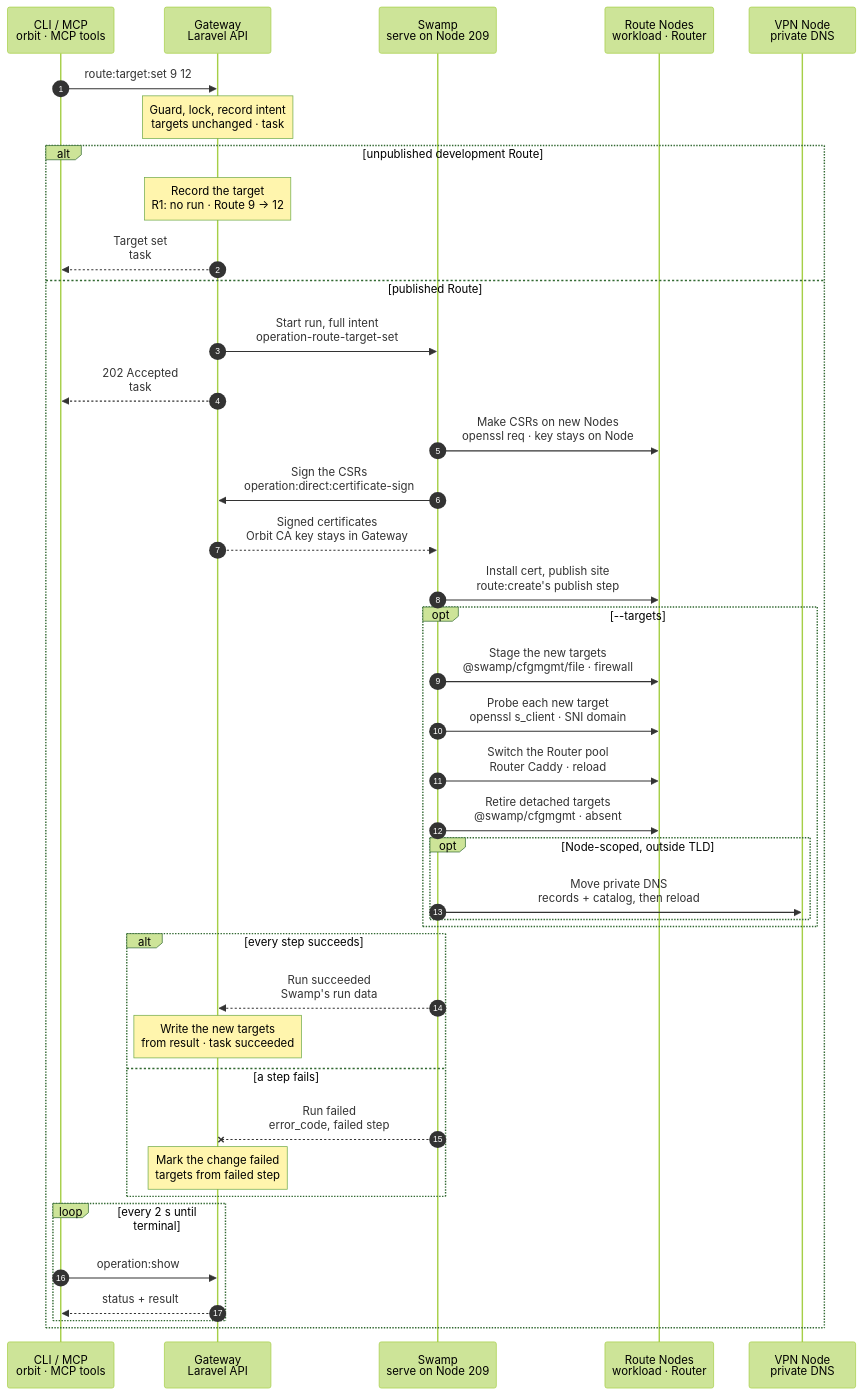
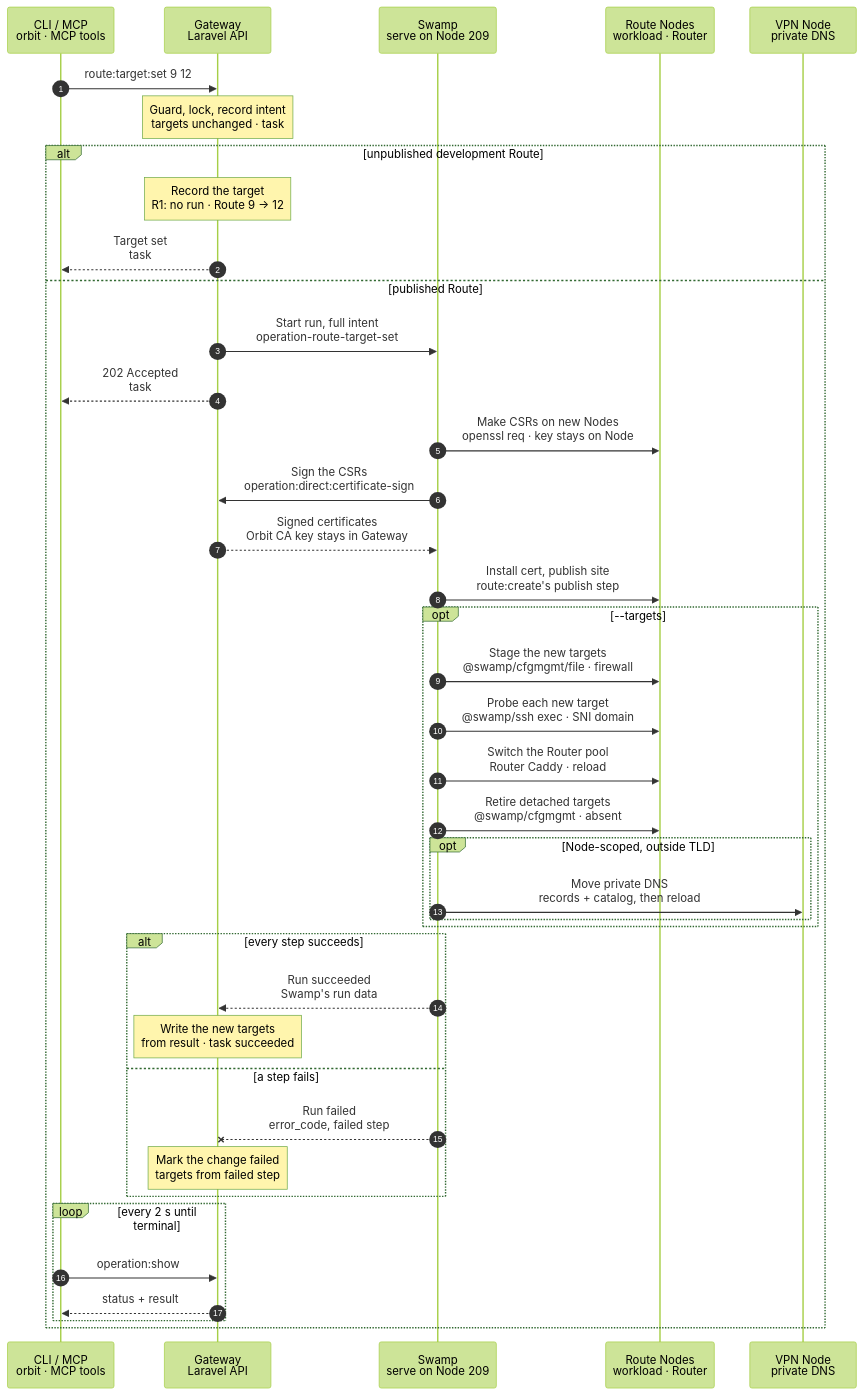
Before and after one commit to hardimpactdev/orbit: the diagram in docs/cli/route/target-set.mmd, drawn with Mermaid (forest theme). The commit also changed 9 other files, not shown here.

Commit message:
refactor(routes): probe target cutover through pinned SSH argv

```diff
--- a/docs/cli/route/target-set.mmd
+++ b/docs/cli/route/target-set.mmd
@@ -1,161 +1,161 @@
 sequenceDiagram
   %% Target design: ADR 0244 task, DECISIONS R1-R4 + round 2 (target_set single path, R2), Gateway signs CSRs (root-of-trust), single-swamp-node. docs/cli/route.mdx, docs/reference/routes.md (Create and change targets, Change a production target set).
   %% Tightened: flow-tighten 2026-11-02, rules 2, 3, 22 (instance:create owns web-root access; DNS only outside the TLD; cfgmgmt file/firewall).
   %% Corrected 2026-11-02: a development target is not record-only. Its site root is the target Instance's checkout, so a published site moves in route:create's one publish step.
   %% Rule 23: 2026-11-03 required-only main path.
   %% status: draft
   %% command: route:target:set
   %% kind: route.target_set
   autonumber
   %% lane CLI icon=terminal pill=caller tone=gray
   %% lane GW icon=gateway pill=intent tone=blue
   %% lane SW icon=workflow pill=executes tone=green
   %% lane N icon=server pill=target tone=amber
   %% lane V icon=server pill=target tone=purple
   participant CLI as CLI / MCP<br/>orbit · MCP tools
   participant GW as Gateway<br/>Laravel API
   participant SW as Swamp<br/>serve on Node 209
   participant N as Route Nodes<br/>workload · Router
   participant V as VPN Node<br/>private DNS
   CLI->>GW: route:target:set 9 12
   %%> Command:
   %%> - `orbit route:target:set 9 12`
   %%> - syntax: `<route> <target> [--targets=ID]... [--reassign=ID:ROUTE]... [--remove=ID]...`
   %%> Input:
   %%> - Route 9 and Instance 12: the one target of Route 9
   %%> Optional:
   %%> - `--targets=15`: the complete ordered production target set, here Instances 12 and 15; it adds the set steps in `opt --targets`
   %%> - `--reassign=18:4`: a detached Instance 18 moves to Route 4
   %%> - `--remove=19`: allows removing a detached Instance 19
   %%> - each detached Instance needs one of these dispositions; `--reassign` and `--remove` also send the request as a target set
   %%> - `--idempotency-key` and `--json` change no step
   Note over GW: Guard, lock, record intent<br/>targets unchanged · task #5140
   %%> Requirements:
   %%> - your Node has an access grant to every target's Node
   %%> - every target is an active Instance of Route 9's Project (`route.target_app_conflict`, `route.target_inactive`)
   %%> - no active Instance loses its only Route (`route.target_conflict`)
   %%> - a single target never takes an Instance from another Route
   %%> - a target set: an explicit Cluster-scoped Route; each target a production Instance on its own active `app-prod` Node in that Cluster
   %%> Locks:
   %%> - the projection lock and the environment owner of every Instance named
   %%> - a busy lock is waited for up to 30 s, then `app-dev.projection_busy`
   %%> Result:
   %%> - task #5140 recorded with the full intent, including the old targets for recovery
   %%> - Route 9's targets stay as they are until the result
   alt unpublished development Route
     Note over GW: Record the target<br/>R1: no run · Route 9 → 12
     %%> When:
     %%> - one development target on a Route whose sites are not published
     %%> Why no run:
     %%> - no site serves the Route yet, so nothing changes on a Node; the Route publishes when it converges
     %%> Result:
     %%> - Route 9's target becomes Instance 12, and the task has already succeeded
     GW-->>CLI: Target set<br/>task #5140 succeeded
     %%> What you get:
     %%> - the final result at once; there is nothing to follow
   else published Route
     GW->>SW: Start run, full intent<br/>operation-route-target-set
     %%> What it does:
     %%> - starts one Swamp run on serve (Node 209)
     %%> When:
     %%> - Route 9's sites are published; a target set always starts a run
     %%> Inputs:
     %%> - each step's whole files, rendered by the Gateway: Caddyfiles, PHP pools, `APP_URL` lines, certificate leaves, LAN rules and probes, per Node
     %%> - production `.env` material only as vault key names in `orbit-control-inputs` (R3)
     %%> - each Node's address and SSH host keys; the SSH identity comes from the `swamp` role
     GW-->>CLI: 202 Accepted<br/>task #5140
     %%> What you get:
     %%> - the task number, at once
     %%> Next:
     %%> - the CLI follows the task with `operation:show`
     SW->>N: Make CSRs on new Nodes<br/>openssl req · key stays on Node
     %%> How:
     %%> - Swamp reaches each Node over `@swamp/ssh` from 209
     %%> What it does:
     %%> - makes a key and a certificate request for the Route domain on each Node that needs a leaf
     %%> - a new production target also gets a leaf under a temporary scope, for its staged site
     %%> - returns only the public CSRs
     SW->>GW: Sign the CSRs<br/>operation:direct:certificate-sign
     %%> What it does:
     %%> - sends the CSRs with task #5140 and the run id
     %%> Why:
     %%> - the Orbit CA key stays in the Gateway; signing is the one step that calls the Gateway
     GW-->>SW: Signed certificates<br/>Orbit CA key stays in Gateway
     %%> Returns:
     %%> - one public certificate bundle per leaf
     SW->>N: Install cert, publish site<br/>route:create's publish step
     %%> When:
     %%> - Route 9's sites are published, so its site moves from the previous target's checkout to Instance 12's
     %%> - with `--targets`, this step has no Node and the set steps below run instead
     %%> What it does:
     %%> - runs the same child as `route:create`: installs the certificate, writes each Node's whole Caddyfile, validates it and reloads Caddy
     %%> - the previous target's Node loses the site; Instance 12's Node gains it
     %%> Not included:
     %%> - web-root access: `instance:create` already gave Caddy read access to Instance 12's checkout (rule 2)
     opt --targets
       SW->>N: Stage the new targets<br/>@swamp/cfgmgmt/file · firewall
       %%> When:
       %%> - only for a target set: `--targets`, `--reassign` or `--remove`
       %%> What it does:
       %%> - per new Node: allows the Router on LAN port 443 with `@swamp/cfgmgmt/firewall`, installs the certificates, and writes the PHP pool, the staged Caddyfile and the production `.env`
       %%> - the staged Caddyfile adds the new workload site beside the old ones and uses the temporary leaf
       %%> - validates each Caddyfile, then reloads Caddy; never a restart (rule 7)
-      SW->>N: Probe each new target<br/>openssl s_client · SNI domain
+      SW->>N: Probe each new target<br/>@swamp/ssh exec · SNI domain
       %%> What it does:
-      %%> - connects from 209 to each new workload on port 443, with the Route domain as SNI
+      %%> - runs one pinned SSH argv on 209, connecting to each new workload on port 443 with the Route domain as SNI
       %%> Why:
       %%> - the Router only sends traffic to targets that serve
       SW->>N: Switch the Router pool<br/>Router Caddy · reload
       %%> What it does:
       %%> - writes the Router's whole Caddyfile with the pool Instances 12 and 15, in order
       %%> - validates, then reloads Caddy on the Router
       %%> Not included:
       %%> - DNS: the Route domain points at the Router, which does not change
       SW->>N: Retire detached targets<br/>@swamp/cfgmgmt · absent
       %%> What it does:
       %%> - writes each other Node's whole desired Caddyfile: old workload sites go, and the new targets move to their lasting leaf
       %%> - removes LAN rules and temporary certificates no Route needs
       %%> - Instance 18's site follows it to Route 4
       %%> Not included:
       %%> - Instance removal: `--remove` is refused with `route.target_cleanup_unavailable` until the shared Instance removal steps run here
       opt Node-scoped, outside TLD
         SW->>V: Move private DNS<br/>records + catalog, then reload
         %%> When:
         %%> - a Node-scoped Route whose new target runs on another Node, with a domain outside the Cluster or Node TLD
         %%> - private DNS answers the whole TLD, so a domain inside it needs no record
         %%> What it does:
         %%> - writes the records and the catalog, then restarts dnsmasq
       end
     end
     alt every step succeeds
       SW-->>GW: Run succeeded<br/>Swamp's run data
       %%> How the Gateway learns it:
       %%> - its shared run reader sees the terminal event; Swamp never calls the Gateway
       %%> - the end check is the Router switch, or the publish step of a development target
       Note over GW: Write the new targets<br/>from result · task succeeded
       %%> Result:
       %%> - Route 9 targets Instances 12 and 15
       %%> - Instance 18 belongs to Route 4
       %%> - task #5140 succeeds, and the Gateway broadcasts `route.updated`
     else a step fails
       SW--xGW: Run failed<br/>error_code, failed step
       %%> The Gateway reads:
       %%> - which step failed, and so whether the Router pool had switched
       Note over GW: Mark the change failed<br/>targets from failed step
       %%> Result before the Router switch:
       %%> - Route 9 keeps its old targets; staged sites serve no traffic, so they stay
       %%> Result after the Router switch:
       %%> - the new pool serves, so the Gateway records the new targets and keeps the recorded set
       %%> - task #5140 fails, with `failed_step` and `error_code` on Route 9
       %%> Retry:
       %%> - run the same command again after fixing the cause; after the switch, the rerun retires what is left
     end
     loop every 2 s until terminal
       CLI->>GW: operation:show #5140
       %%> What it does:
       %%> - asks for the task's status every 2 seconds until it has ended
       GW-->>CLI: status + result
       %%> Returns:
       %%> - the current status, and the result once the task has ended
     end
   end
```
